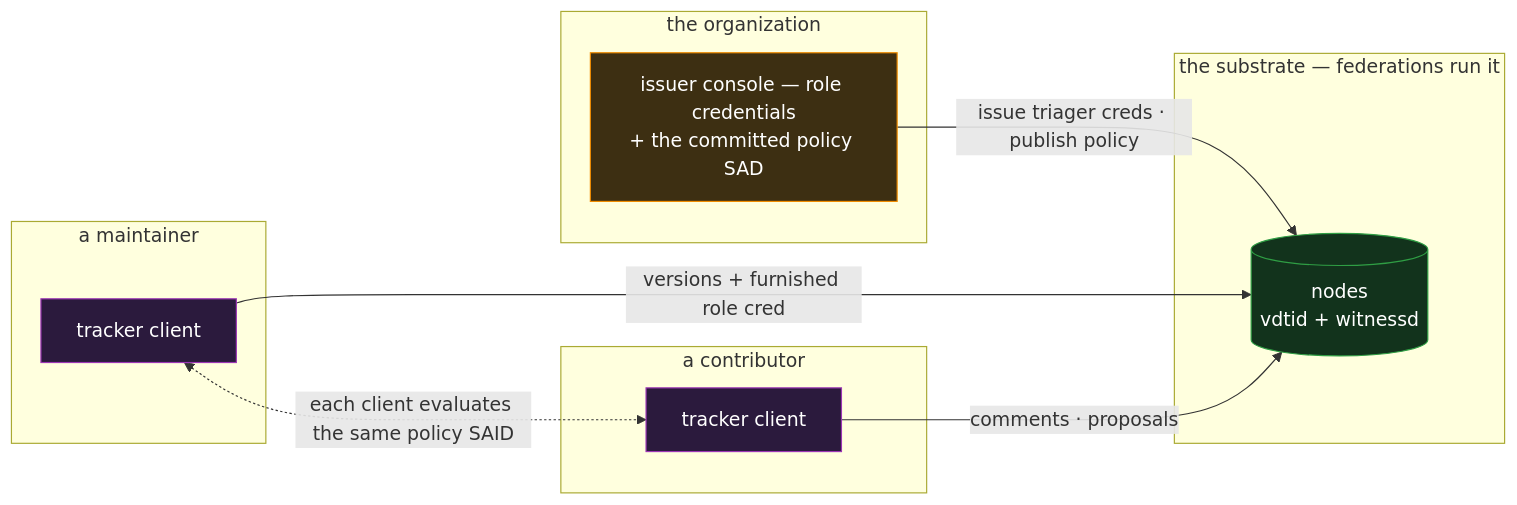
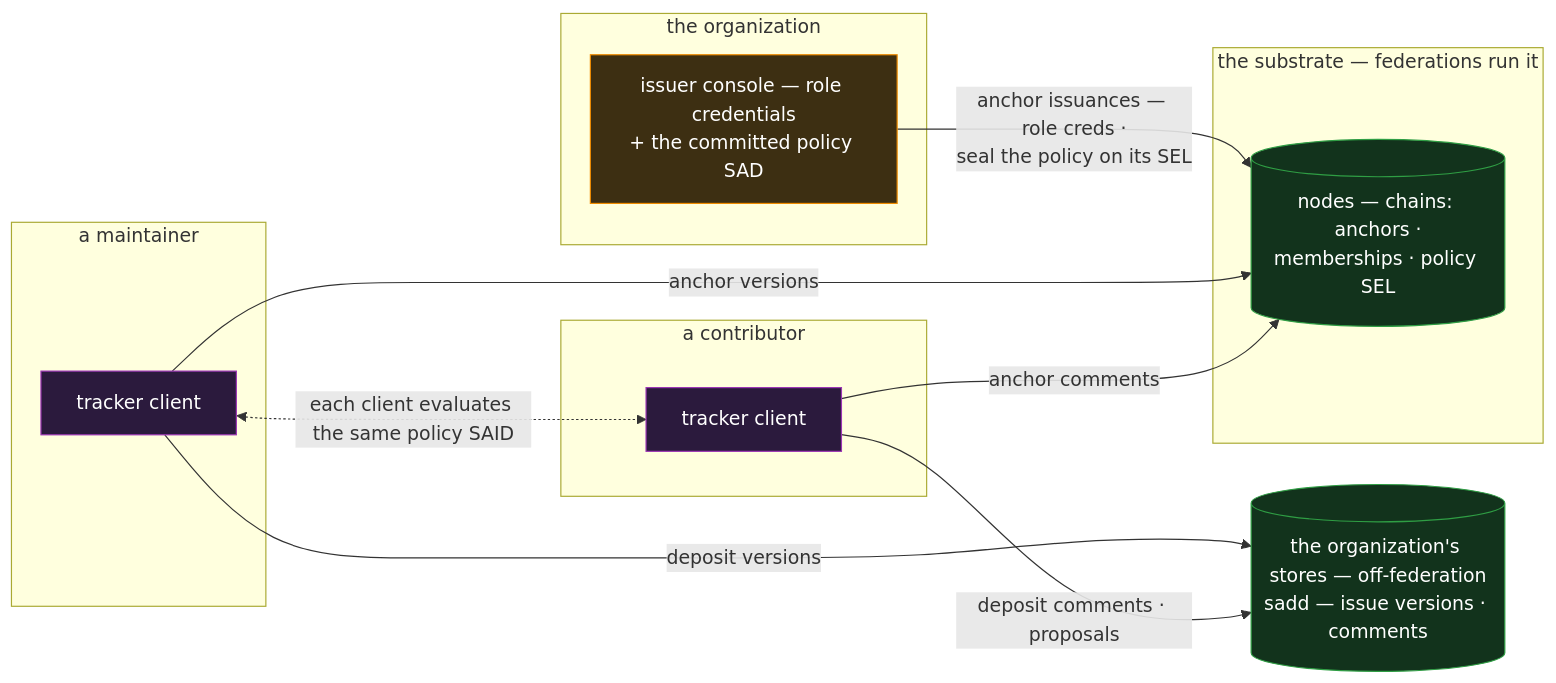
Before and after one commit to jasoncolburne/vdti: the diagram in docs/design/example-applications/tracker.md, drawn with Mermaid. The commit also changed other lines of this file and 79 other files, not shown here.

````diff
--- a/docs/design/example-applications/tracker.md
+++ b/docs/design/example-applications/tracker.md
@@ -11,22 +11,25 @@
 ```mermaid
 flowchart LR
   subgraph org["the organization"]
     issr["issuer console — role credentials<br/>+ the committed policy SAD"]:::org
   end
   subgraph maint["a maintainer"]
     mapp["tracker client"]:::app
   end
   subgraph contrib["a contributor"]
     capp["tracker client"]:::app
   end
   subgraph sub["the substrate — federations run it"]
-    node[("nodes<br/>vdtid + witnessd")]:::svc
+    node[("nodes — chains: anchors ·<br/>memberships · policy SEL")]:::svc
   end
-  issr -->|"issue triager creds · publish policy"| node
-  mapp -->|"versions + furnished role cred"| node
-  capp -->|"comments · proposals"| node
+  tstore[("the organization's stores — off-federation<br/>sadd — issue versions · comments")]:::svc
+  issr -->|"anchor issuances — role creds ·<br/>seal the policy on its SEL"| node
+  mapp -->|"anchor versions"| node
+  capp -->|"anchor comments"| node
+  mapp -->|"deposit versions"| tstore
+  capp -->|"deposit comments · proposals"| tstore
   mapp <-.->|"each client evaluates the same policy SAID"| capp
   classDef app fill:#2b1a3d,stroke:#9c36b5,color:#fff
   classDef org fill:#3d2f12,stroke:#f08c00,color:#fff
   classDef svc fill:#12331c,stroke:#2f9e44,color:#fff
 ```
````
